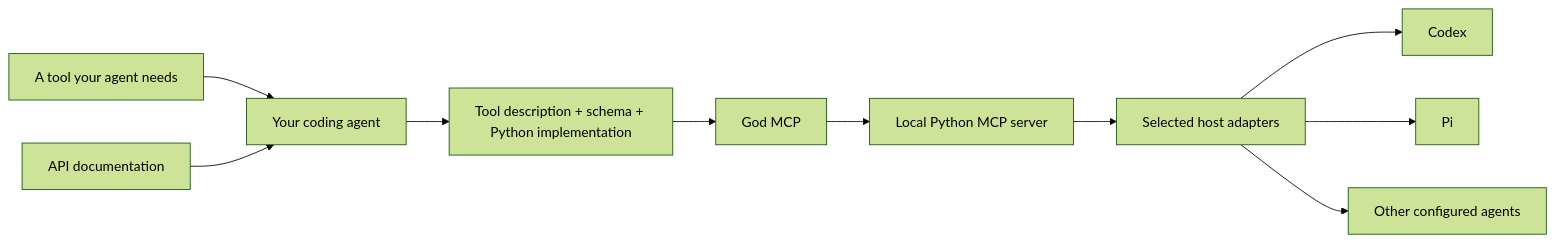
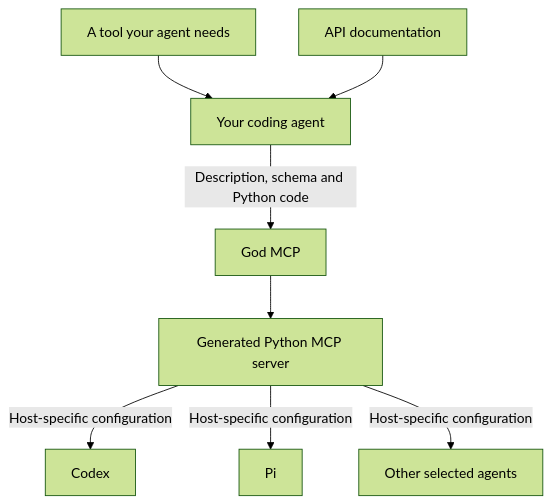
Before and after one commit to Tarachand-Gupta/god-mcp: the first of 2 diagrams in README.md, drawn with Mermaid (forest theme).

Commit message:
Improve README diagram readability

````diff
--- a/README.md
+++ b/README.md
@@ -13,12 +13,10 @@
 ```mermaid
-flowchart LR
+flowchart TB
     Request["A tool your agent needs"] --> Agent["Your coding agent"]
     Docs["API documentation"] --> Agent
-    Agent --> Spec["Tool description + schema + Python implementation"]
-    Spec --> God["God MCP"]
-    God --> Package["Local Python MCP server"]
-    Package --> Adapters["Selected host adapters"]
-    Adapters --> Codex["Codex"]
-    Adapters --> Pi["Pi"]
-    Adapters --> Others["Other configured agents"]
+    Agent -->|"Description, schema and Python code"| God["God MCP"]
+    God --> Package["Generated Python MCP server"]
+    Package -->|"Host-specific configuration"| Codex["Codex"]
+    Package -->|"Host-specific configuration"| Pi["Pi"]
+    Package -->|"Host-specific configuration"| Others["Other selected agents"]
 ```
````
